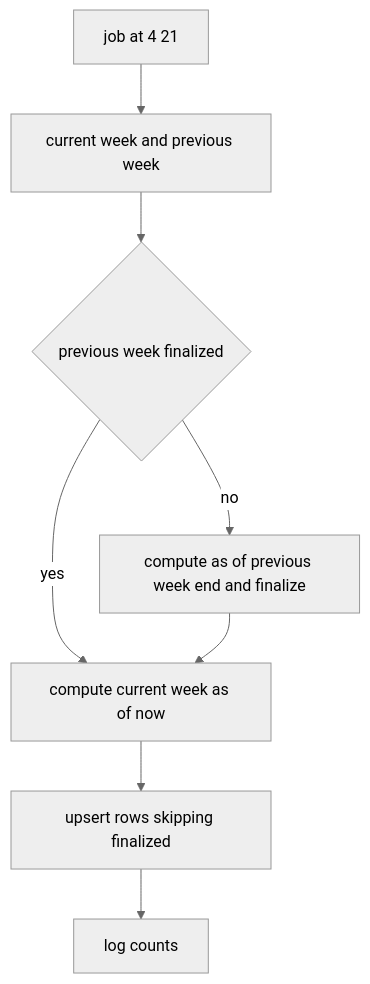
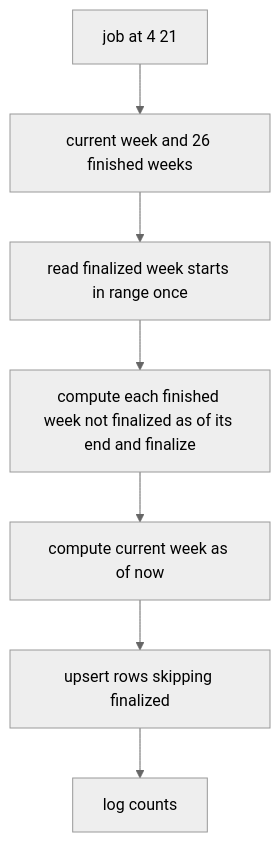
Before and after one commit to kurachiweb/genai-example-2-launch-platform: the fourth of 5 diagrams in .kiro/specs/ugc-moderation/design.md, drawn with Mermaid (neutral theme). The commit also changed other lines of this file and 4 other files, not shown here.

````diff
--- a/.kiro/specs/ugc-moderation/design.md
+++ b/.kiro/specs/ugc-moderation/design.md
@@ -424,10 +425,9 @@
 ```mermaid
 flowchart TB
-    Start[job at 4 21] --> Weeks[current week and previous week]
-    Weeks --> Prev{previous week finalized}
-    Prev -- no --> ComputePrev[compute as of previous week end and finalize]
-    Prev -- yes --> Current
-    ComputePrev --> Current[compute current week as of now]
+    Start[job at 4 21] --> Weeks[current week and 26 finished weeks]
+    Weeks --> Finalized[read finalized week starts in range once]
+    Finalized --> Finished[compute each finished week not finalized as of its end and finalize]
+    Finished --> Current[compute current week as of now]
     Current --> Upsert[upsert rows skipping finalized]
     Upsert --> Done[log counts]
 ```
````
